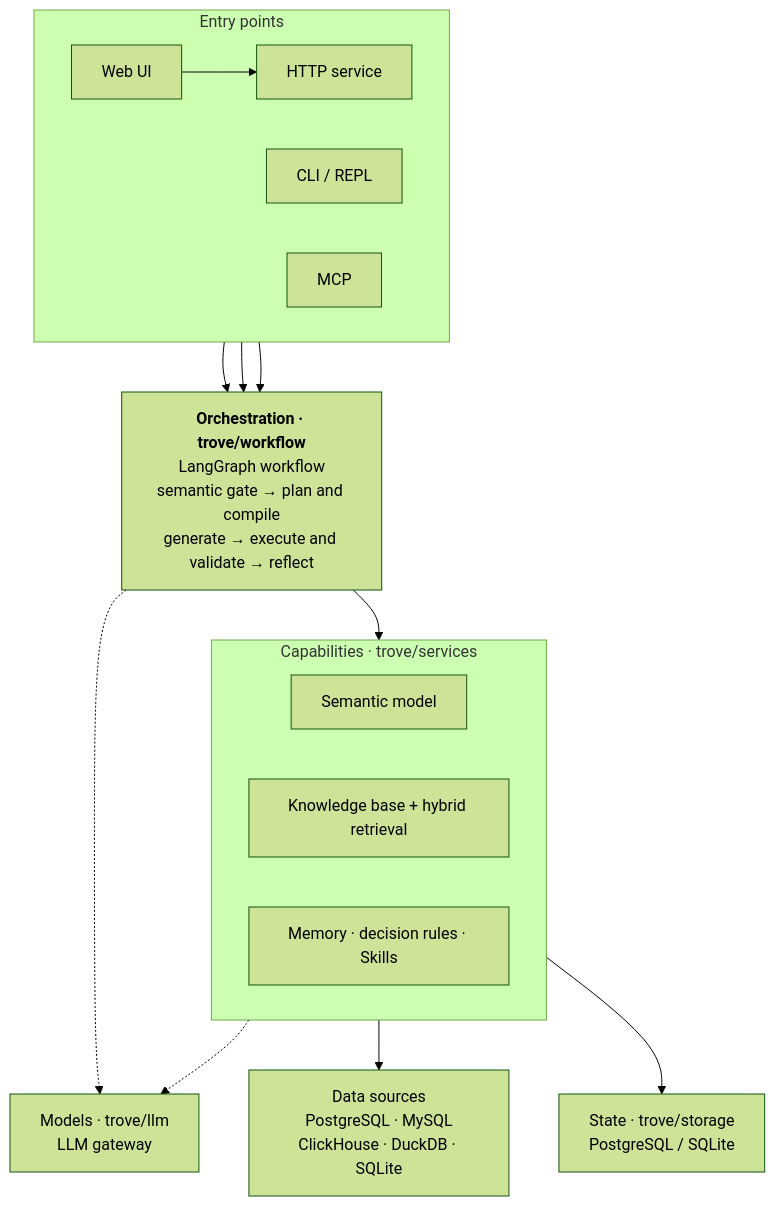
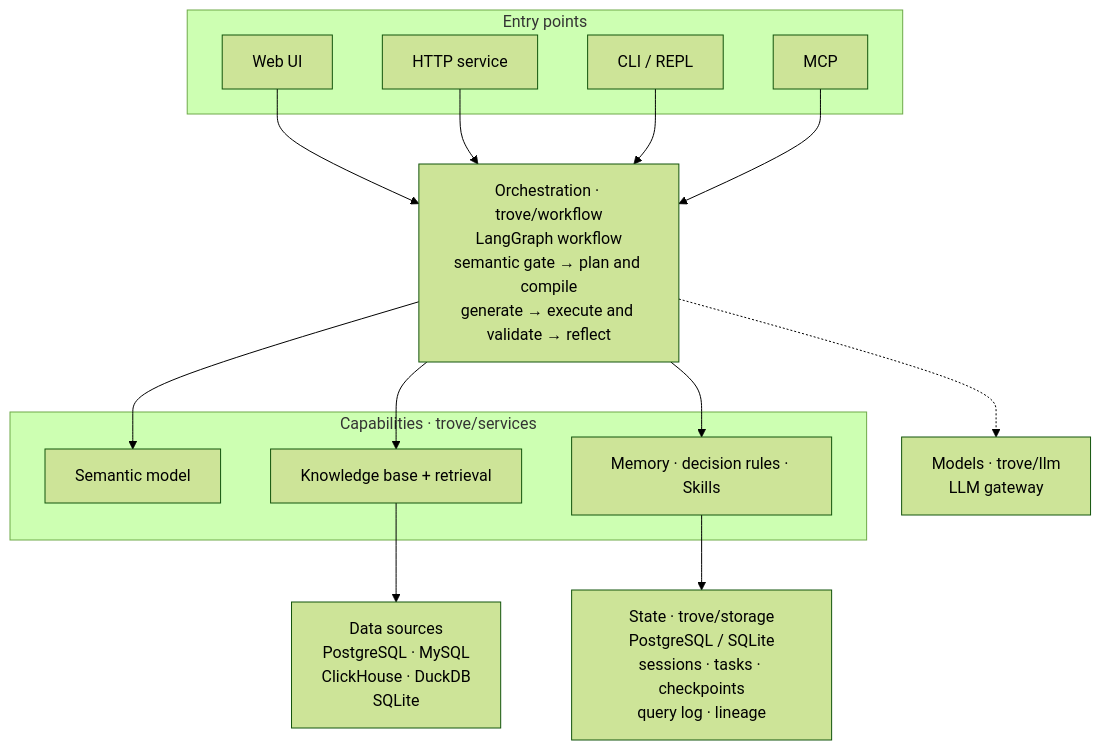
One commit to Nivane/trove changed the first of 3 diagrams in README.en.md. Above: the diagram before and after it, drawn with Mermaid (forest theme). The commit also changed other lines of this file and 4 other files, not shown here.

First line of the commit message:
docs(diagrams): README 与架构页 mermaid 重排——去跨带连线、等高框、去孤字

````diff
--- a/README.en.md
+++ b/README.en.md
@@ -46,31 +46,32 @@
 ```mermaid
 flowchart TB
     subgraph entry["Entry points"]
-        direction LR
-        UI["Web UI"] --> SRV["HTTP service"]
+        UI["Web UI"]
+        SRV["HTTP service"]
         CLI["CLI / REPL"]
         MCP["MCP"]
     end
 
-    WF["<b>Orchestration · trove/workflow</b><br/>LangGraph workflow<br/>semantic gate → plan and compile<br/>generate → execute and validate → reflect"]
+    WF["Orchestration · trove/workflow<br/>LangGraph workflow<br/>semantic gate → plan and compile<br/>generate → execute and validate → reflect"]
 
     subgraph caps["Capabilities · trove/services"]
-        direction LR
         SEM["Semantic model"]
-        KB["Knowledge base + hybrid retrieval"]
+        KB["Knowledge base + retrieval"]
         MEM["Memory · decision rules · Skills"]
     end
 
     LLM["Models · trove/llm<br/>LLM gateway"]
-    DS["Data sources<br/>PostgreSQL · MySQL<br/>ClickHouse · DuckDB · SQLite"]
-    STATE["State · trove/storage<br/>PostgreSQL / SQLite"]
+    DS["Data sources<br/>PostgreSQL · MySQL<br/>ClickHouse · DuckDB<br/>SQLite"]
+    STATE["State · trove/storage<br/>PostgreSQL / SQLite<br/>sessions · tasks · checkpoints<br/>query log · lineage"]
 
+    UI --> WF
     SRV --> WF
     CLI --> WF
     MCP --> WF
-    WF --> caps
+    WF --> SEM
+    WF --> KB
+    WF --> MEM
+    WF -.-> LLM
     KB --> DS
     MEM --> STATE
-    WF -.-> LLM
-    caps -.-> LLM
 ```
````
